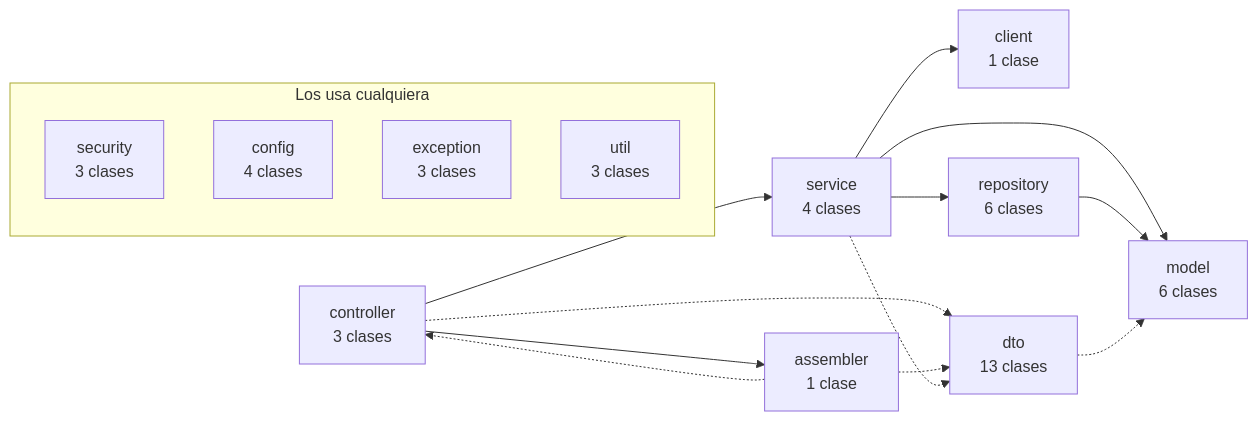
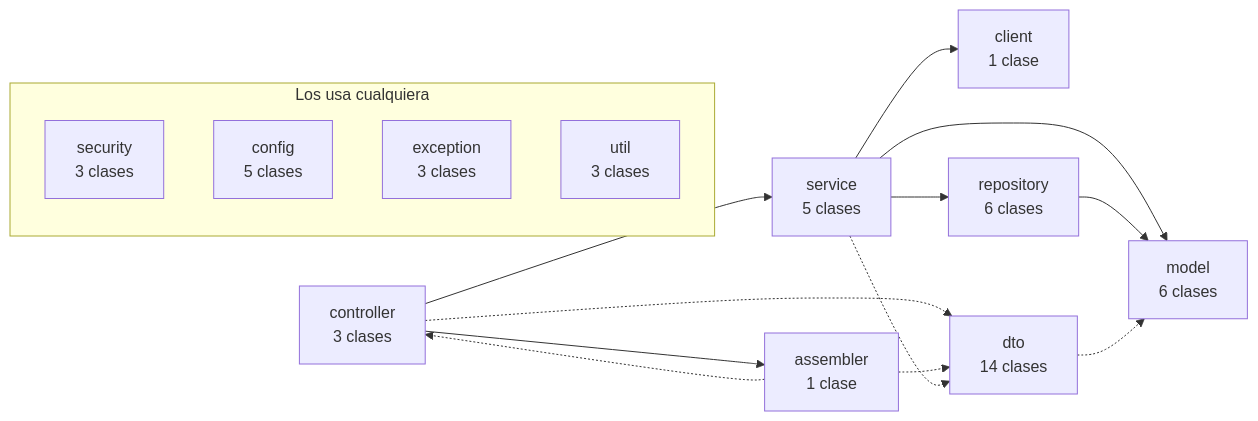
Before and after one commit to TechnicalBridge/DataBridge: the second of 8 diagrams in docs/diagramas/componentes.md, drawn with Mermaid. The commit also changed other lines of this file and 19 other files, not shown here.

````diff
--- a/docs/diagramas/componentes.md
+++ b/docs/diagramas/componentes.md
@@ -132,28 +132,28 @@
 ```mermaid
 flowchart LR
     controller["controller<br/>3 clases"]
     assembler["assembler<br/>1 clase"]
-    service["service<br/>4 clases"]
+    service["service<br/>5 clases"]
     client["client<br/>1 clase"]
     repository["repository<br/>6 clases"]
     model["model<br/>6 clases"]
-    dto["dto<br/>13 clases"]
+    dto["dto<br/>14 clases"]
     subgraph TRANSVERSAL["Los usa cualquiera"]
         direction TB
         security["security<br/>3 clases"]
-        config["config<br/>4 clases"]
+        config["config<br/>5 clases"]
         exception["exception<br/>3 clases"]
         util["util<br/>3 clases"]
     end
     controller --> assembler
     controller --> service
     controller -.-> dto
     assembler -.-> controller
     assembler -.-> dto
     service --> client
     service --> repository
     service --> model
     service -.-> dto
     repository --> model
     dto -.-> model
 ```
````
